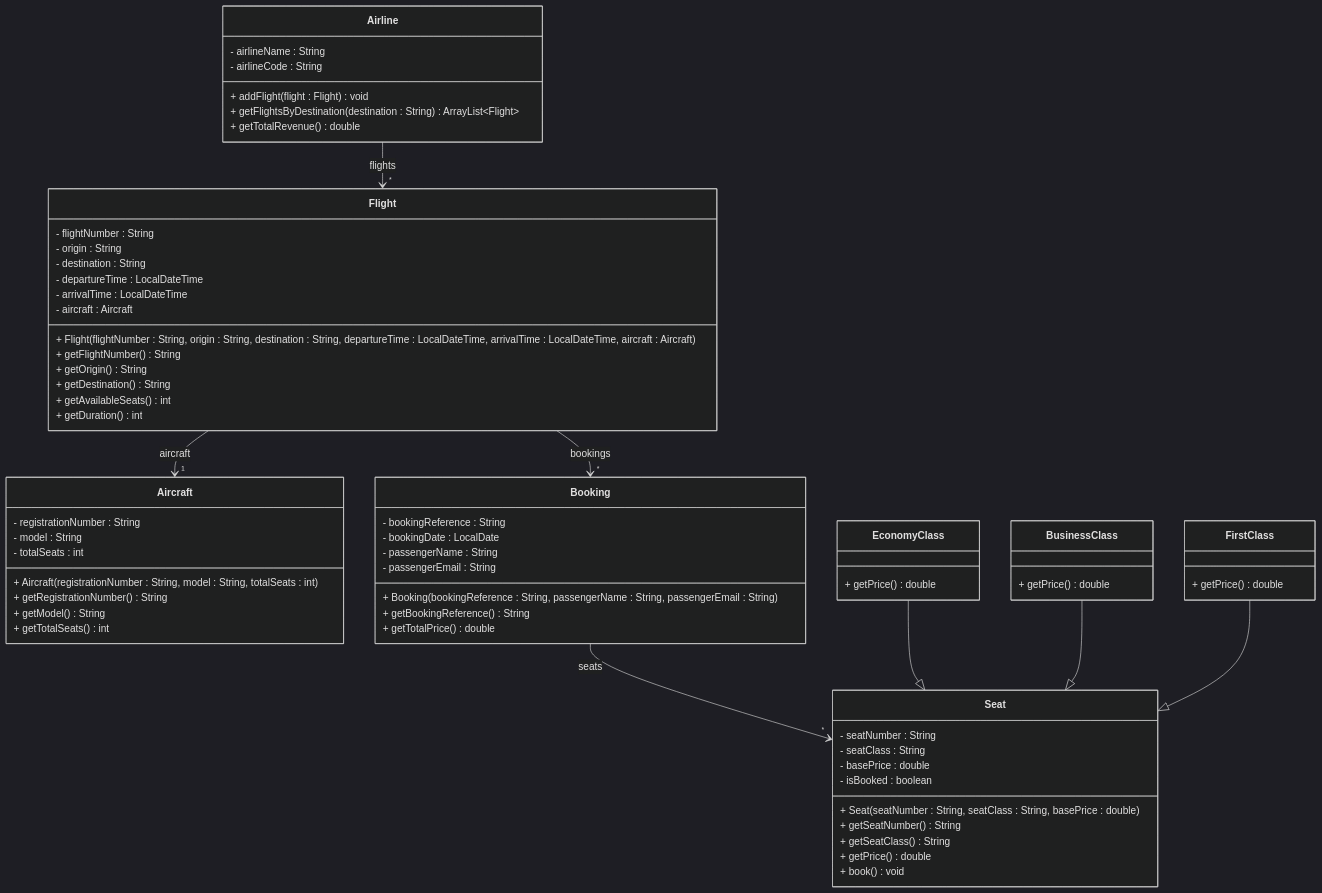
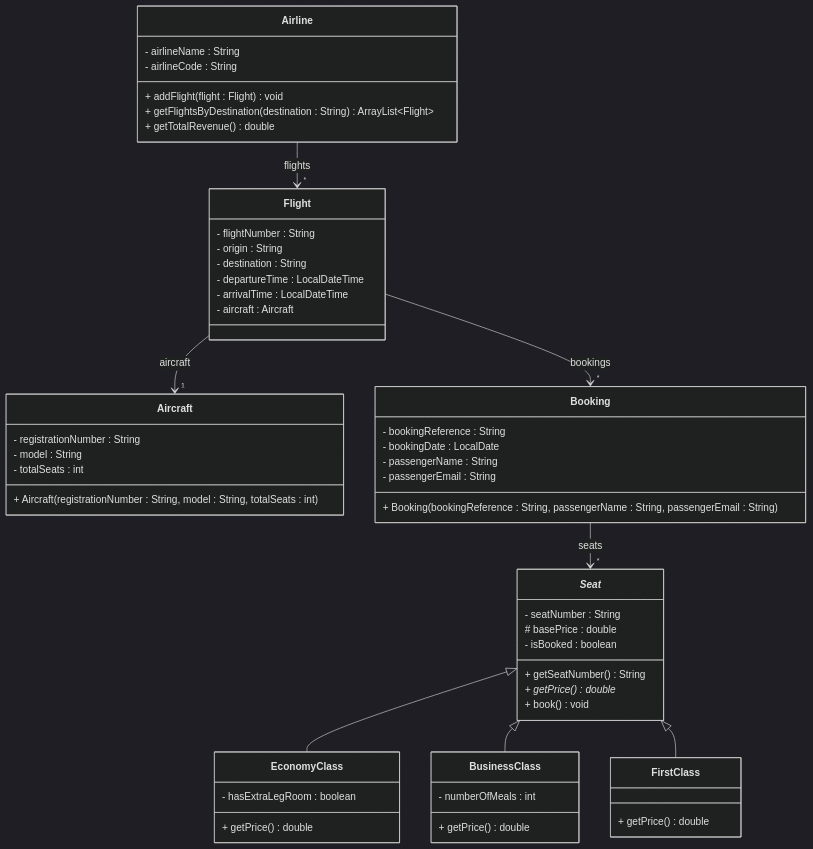
Before and after one commit to TroelsMortensen/Codelabs2: the diagram in Articles/Session 24 - Exam/016 Exercise 15 - Flight Booking.md, drawn with Mermaid (dark theme). The commit also changed other lines of this file, not shown here.

````diff
--- a/Articles/Session 24 - Exam/016 Exercise 15 - Flight Booking.md
+++ b/Articles/Session 24 - Exam/016 Exercise 15 - Flight Booking.md
@@ -5,77 +5,65 @@
 ```mermaid
 classDiagram
     class Airline {
         - airlineName : String
         - airlineCode : String
         + addFlight(flight : Flight) void
         + getFlightsByDestination(destination : String) ArrayList~Flight~
         + getTotalRevenue() double
     }
     
     class Flight {
         - flightNumber : String
         - origin : String
         - destination : String
         - departureTime : LocalDateTime
         - arrivalTime : LocalDateTime
         - aircraft : Aircraft
-        + Flight(flightNumber : String, origin : String, destination : String, departureTime : LocalDateTime, arrivalTime : LocalDateTime, aircraft : Aircraft)
-        + getFlightNumber() String
-        + getOrigin() String
-        + getDestination() String
-        + getAvailableSeats() int
-        + getDuration() int
     }
     
     class Aircraft {
         - registrationNumber : String
         - model : String
         - totalSeats : int
         + Aircraft(registrationNumber : String, model : String, totalSeats : int)
-        + getRegistrationNumber() String
-        + getModel() String
-        + getTotalSeats() int
     }
     
     class Booking {
         - bookingReference : String
         - bookingDate : LocalDate
         - passengerName : String
         - passengerEmail : String
         + Booking(bookingReference : String, passengerName : String, passengerEmail : String)
-        + getBookingReference() String
-        + getTotalPrice() double
     }
     
-    class Seat {
+    class _Seat_ {
         - seatNumber : String
-        - seatClass : String
-        - basePrice : double
+        # basePrice : double
         - isBooked : boolean
-        + Seat(seatNumber : String, seatClass : String, basePrice : double)
         + getSeatNumber() String
-        + getSeatClass() String
-        + getPrice() double
+        + getPrice()* double
         + book() void
     }
     
     class EconomyClass {
+        - hasExtraLegRoom : boolean
         + getPrice() double
     }
     
     class BusinessClass {
+        - numberOfMeals : int
         + getPrice() double
     }
     
     class FirstClass {
         + getPrice() double
     }
     
     Airline --> "*" Flight : flights
     Flight --> "1" Aircraft : aircraft
     Flight --> "*" Booking : bookings
-    Booking --> "*" Seat : seats
-    EconomyClass --|> Seat
-    BusinessClass --|> Seat
-    FirstClass --|> Seat
+    Booking --> "*" _Seat_ : seats
+    _Seat_ <|-- EconomyClass
+    _Seat_ <|-- BusinessClass
+    _Seat_ <|-- FirstClass
 ```
````
